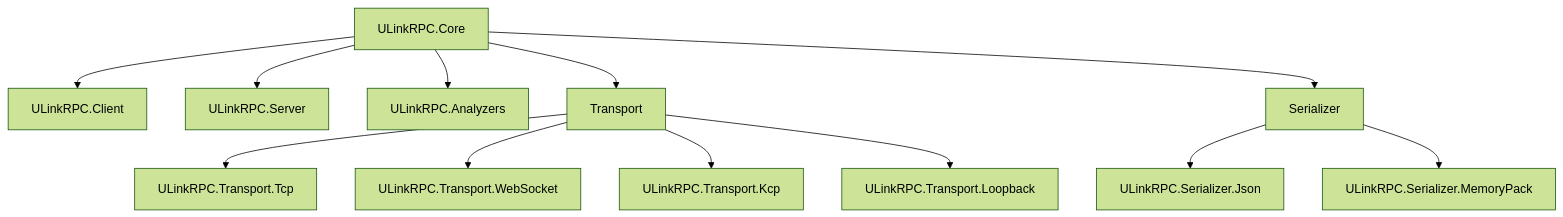
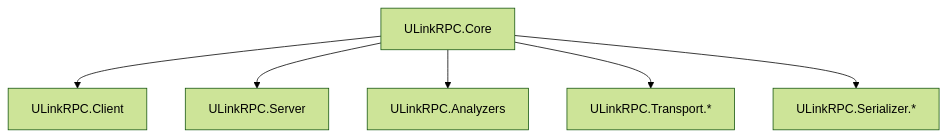
The second of 2 diagrams in README.md (bruce48x/ULinkRPC), drawn with Mermaid (forest theme) before and after one commit. The commit also changed other lines of this file and 17 other files, not shown here.

````diff
--- a/README.md
+++ b/README.md
@@ -161,14 +159,8 @@
 ```mermaid
 flowchart TB
     Core["ULinkRPC.Core"] --> Client["ULinkRPC.Client"]
     Core --> Server["ULinkRPC.Server"]
     Core --> Analyzers["ULinkRPC.Analyzers"]
-    Core --> Transport
-    Core --> Serializer
-    Transport --> Tcp["ULinkRPC.Transport.Tcp"]
-    Transport --> Ws["ULinkRPC.Transport.WebSocket"]
-    Transport --> Kcp["ULinkRPC.Transport.Kcp"]
-    Transport --> Loopback["ULinkRPC.Transport.Loopback"]
-    Serializer --> Json["ULinkRPC.Serializer.Json"]
-    Serializer --> MemoryPack["ULinkRPC.Serializer.MemoryPack"]
+    Core --> Transport["ULinkRPC.Transport.*"]
+    Core --> Serializer["ULinkRPC.Serializer.*"]
 ```
````
